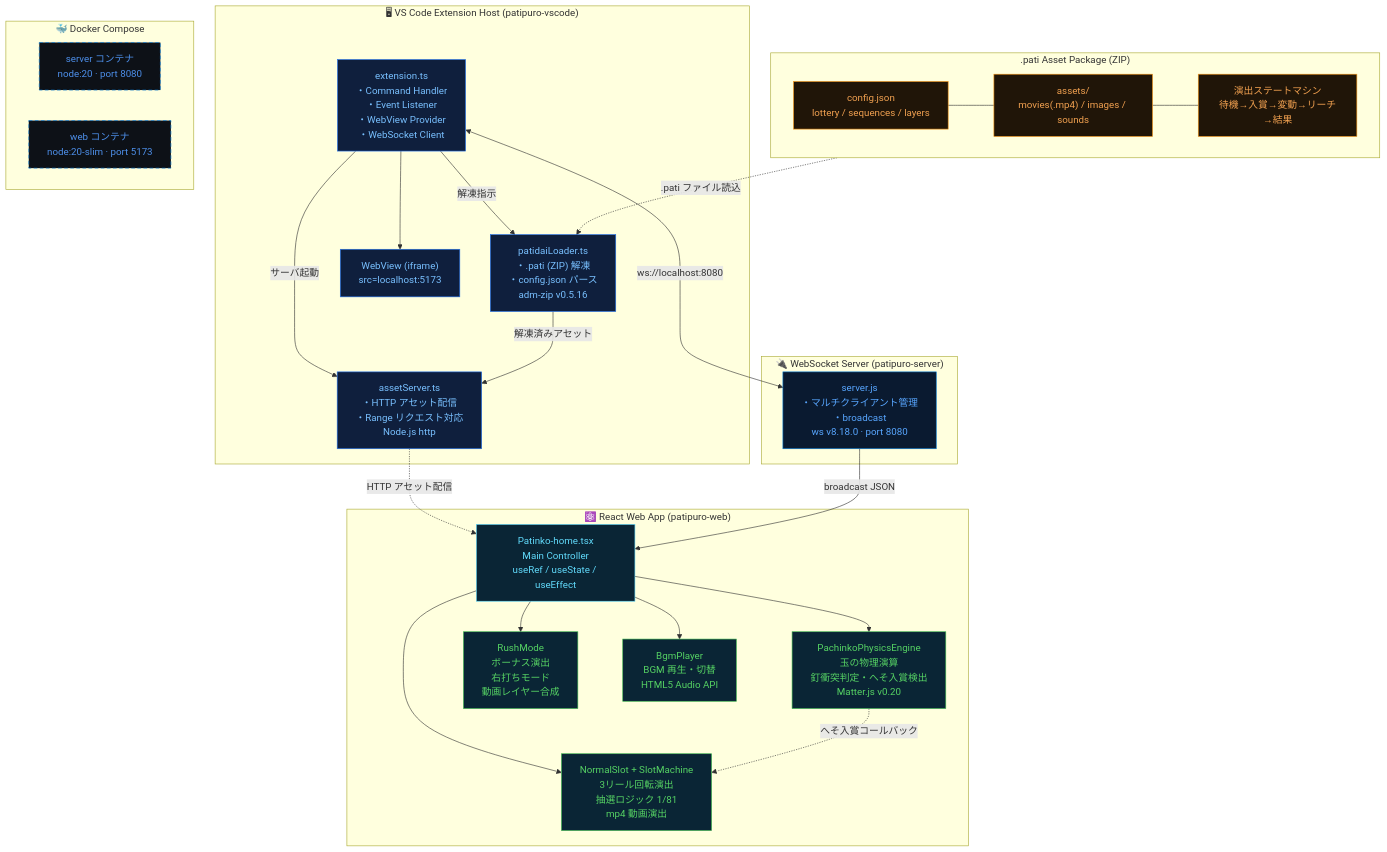
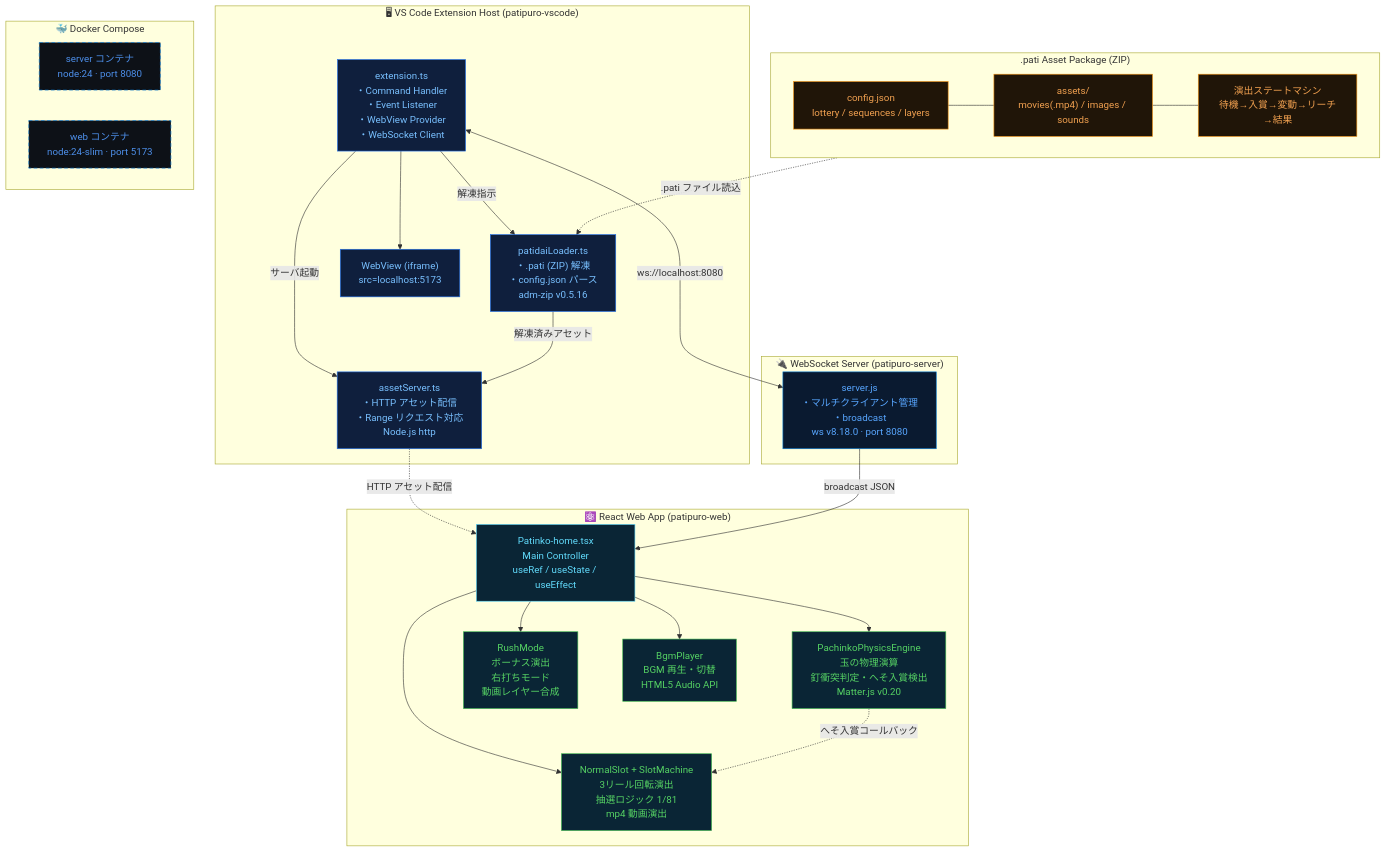
Before and after one commit to guriguri00451/PatiPro: the first of 3 diagrams in docs/architecture.md, drawn with Mermaid. The commit also changed 3 other files, not shown here.

````diff
--- a/docs/architecture.md
+++ b/docs/architecture.md
@@ -7,73 +7,73 @@
 ```mermaid
 graph TD
     subgraph VSCode["🖥 VS Code Extension Host (patipuro-vscode)"]
         EXT["extension.ts<br/>・Command Handler<br/>・Event Listener<br/>・WebView Provider<br/>・WebSocket Client"]
         LOADER["patidaiLoader.ts<br/>・.pati (ZIP) 解凍<br/>・config.json パース<br/>adm-zip v0.5.16"]
         ASSET["assetServer.ts<br/>・HTTP アセット配信<br/>・Range リクエスト対応<br/>Node.js http"]
         WEBVIEW["WebView (iframe)<br/>src=localhost:5173"]
     end
 
     subgraph WS["🔌 WebSocket Server (patipuro-server)"]
         SERVER["server.js<br/>・マルチクライアント管理<br/>・broadcast<br/>ws v8.18.0 · port 8080"]
     end
 
     subgraph PATI[".pati Asset Package (ZIP)"]
         CONFIG["config.json<br/>lottery / sequences / layers"]
         ASSETS["assets/<br/>movies(.mp4) / images / sounds"]
         SM["演出ステートマシン<br/>待機→入賞→変動→リーチ→結果"]
     end
 
     subgraph Docker["🐳 Docker Compose"]
         direction LR
-        DC_S["server コンテナ<br/>node:20 · port 8080"]
-        DC_W["web コンテナ<br/>node:20-slim · port 5173"]
+        DC_S["server コンテナ<br/>node:24 · port 8080"]
+        DC_W["web コンテナ<br/>node:24-slim · port 5173"]
     end
 
     subgraph ReactApp["⚛️ React Web App (patipuro-web)"]
         HOME["Patinko-home.tsx<br/>Main Controller<br/>useRef / useState / useEffect"]
         PHYSICS["PachinkoPhysicsEngine<br/>玉の物理演算<br/>釘衝突判定・へそ入賞検出<br/>Matter.js v0.20"]
         SLOT["NormalSlot + SlotMachine<br/>3リール回転演出<br/>抽選ロジック 1/81<br/>mp4 動画演出"]
         RUSH["RushMode<br/>ボーナス演出<br/>右打ちモード<br/>動画レイヤー合成"]
         BGM["BgmPlayer<br/>BGM 再生・切替<br/>HTML5 Audio API"]
     end
 
     %% Extension connections
     EXT -->|"解凍指示"| LOADER
     EXT -->|"サーバ起動"| ASSET
     LOADER -->|"解凍済みアセット"| ASSET
     EXT <-->|"ws://localhost:8080"| SERVER
     EXT --> WEBVIEW
 
     %% .pati connections
     PATI -.->|".pati ファイル読込"| LOADER
     CONFIG --- ASSETS
     ASSETS --- SM
 
     %% HTTP asset serving
     ASSET -.->|"HTTP アセット配信"| HOME
 
     %% WebSocket broadcast
     SERVER -->|"broadcast JSON"| HOME
 
     %% React component tree
     HOME --> PHYSICS
     HOME --> SLOT
     HOME --> RUSH
     HOME --> BGM
     PHYSICS -.->|"へそ入賞コールバック"| SLOT
 
     %% Styling
     classDef vscode fill:#0f1f3d,stroke:#1f6feb,color:#79c0ff
     classDef wsserver fill:#0a1a30,stroke:#0078d4,color:#58a6ff
     classDef pati fill:#201508,stroke:#f29111,color:#f0a050
     classDef react fill:#0a2535,stroke:#61dafb,color:#61dafb
     classDef game fill:#0a2535,stroke:#3fb950,color:#56d364
     classDef docker fill:#0d1117,stroke:#0078d4,color:#4d8fea,stroke-dasharray:6 4
 
     class EXT,LOADER,ASSET,WEBVIEW vscode
     class SERVER wsserver
     class CONFIG,ASSETS,SM pati
     class HOME react
     class PHYSICS,SLOT,RUSH,BGM game
     class DC_S,DC_W docker
 ```
````
